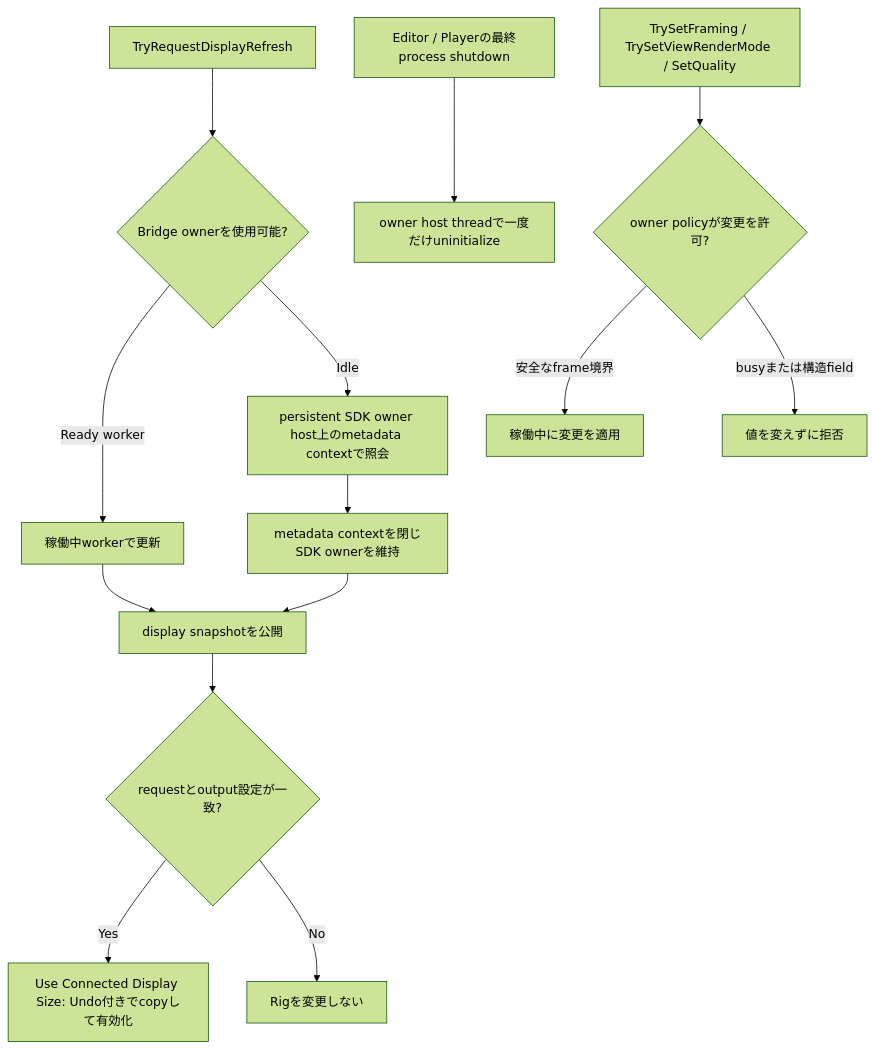
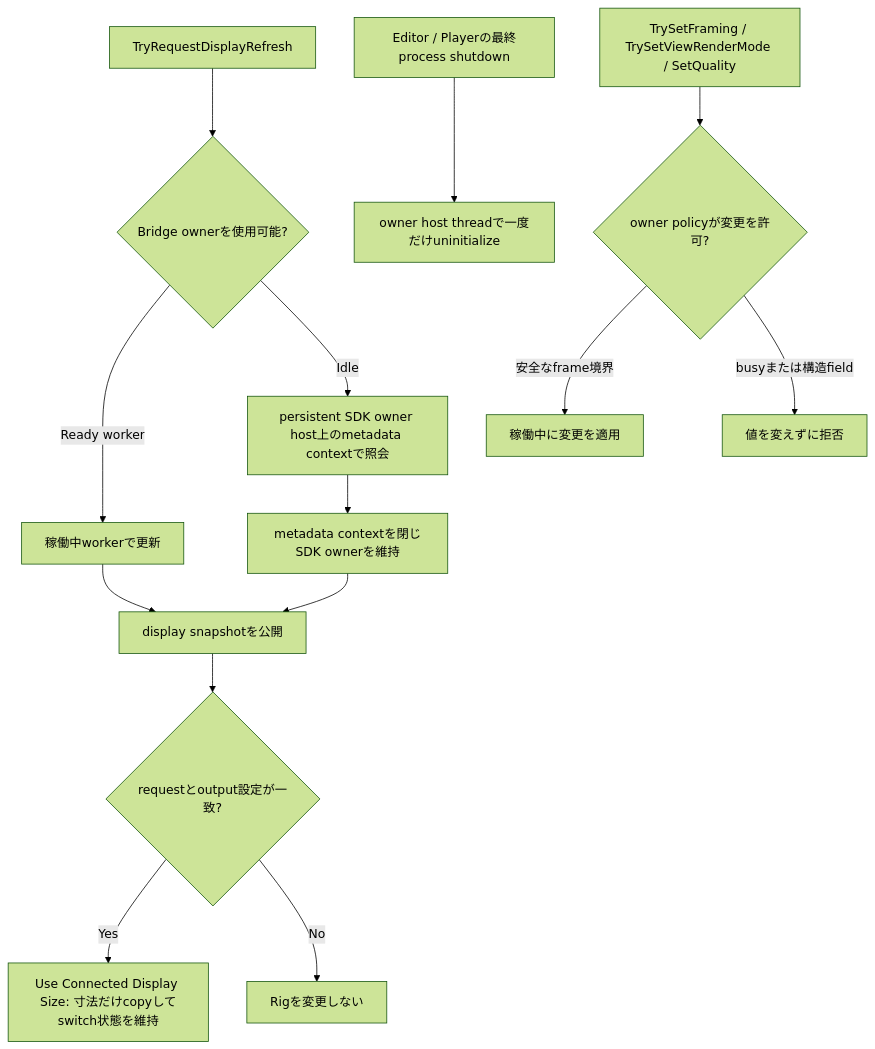
Before and after one commit to zabaglione/ViewWeave: the second of 4 diagrams in docs/ja/quilt-authoring.md, drawn with Mermaid (forest theme). The commit also changed other lines of this file and 17 other files, not shown here.

````diff
--- a/docs/ja/quilt-authoring.md
+++ b/docs/ja/quilt-authoring.md
@@ -64,16 +64,16 @@
 ```mermaid
 flowchart TB
     Refresh["TryRequestDisplayRefresh"] --> Owner{"Bridge ownerを使用可能?"}
     Owner -->|Ready worker| Live["稼働中workerで更新"]
     Owner -->|Idle| Metadata["persistent SDK owner host上のmetadata contextで照会"]
     Live --> Snapshot["display snapshotを公開"]
     Metadata --> ContextClose["metadata contextを閉じSDK ownerを維持"]
     ContextClose --> Snapshot
     ProcessExit["Editor / Playerの最終process shutdown"] --> Uninitialize["owner host threadで一度だけuninitialize"]
     Snapshot --> Match{"requestとoutput設定が一致?"}
-    Match -->|Yes| Apply["Use Connected Display Size: Undo付きでcopyして有効化"]
+    Match -->|Yes| Apply["Use Connected Display Size: 寸法だけcopyしてswitch状態を維持"]
     Match -->|No| Keep["Rigを変更しない"]
     Mutate["TrySetFraming / TrySetViewRenderMode / SetQuality"] --> Policy{"owner policyが変更を許可?"}
     Policy -->|安全なframe境界| ApplyLive["稼働中に変更を適用"]
     Policy -->|busyまたは構造field| Reject["値を変えずに拒否"]
 ```
````
